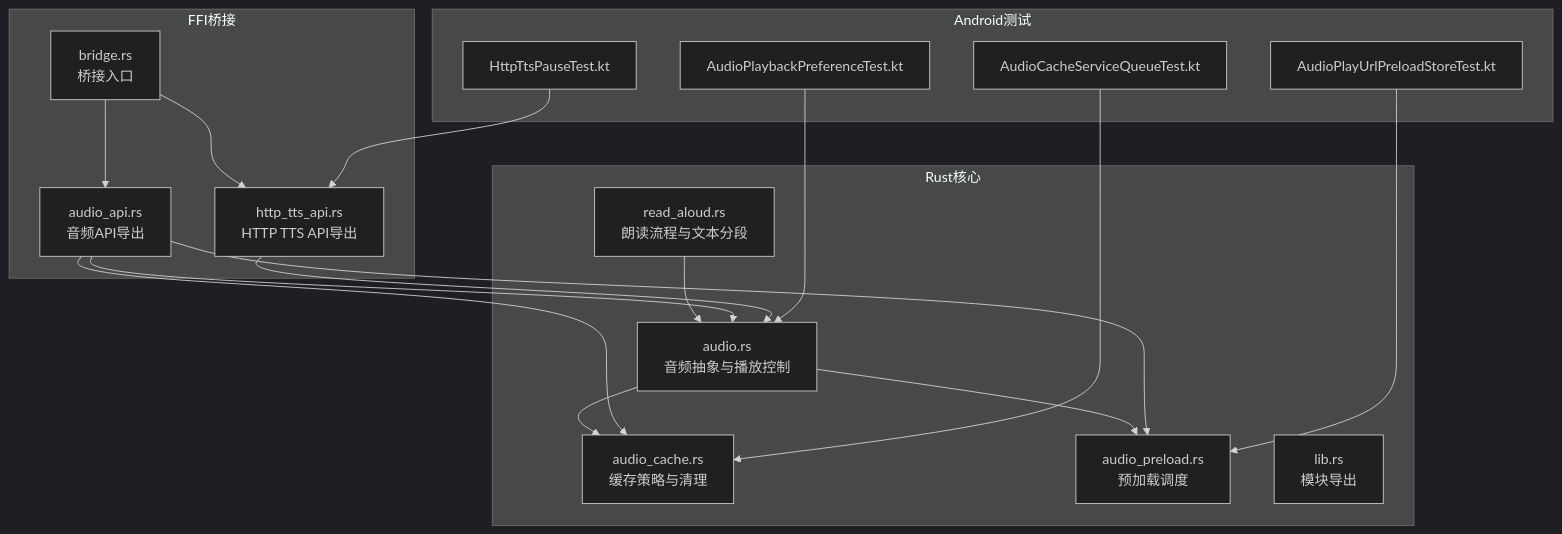
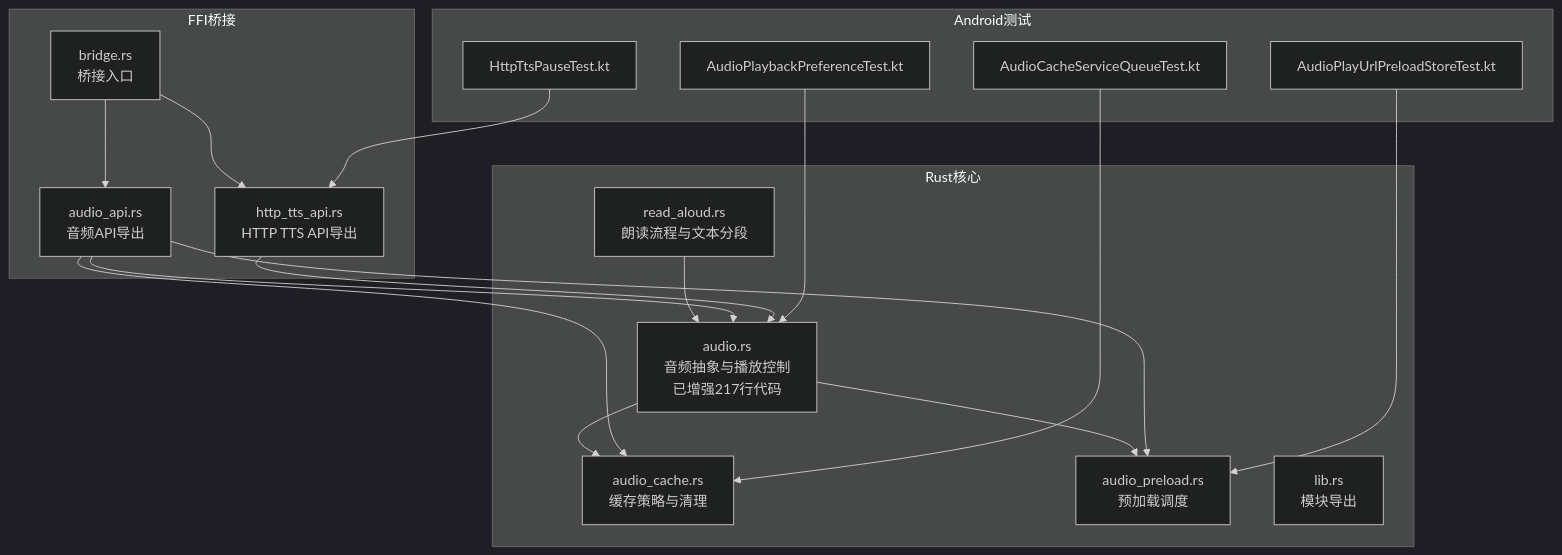
One commit to ZhangGHGitHub/LegadoTeamFlutter changed the first of 7 diagrams in .qoder/repowiki/zh/content/架构设计/分层架构设计/业务逻辑层/音频管理.md. Above: the diagram before and after it, drawn with Mermaid (dark theme). The commit also changed other lines of this file and 66 other files, not shown here.

````diff
--- a/.qoder/repowiki/zh/content/架构设计/分层架构设计/业务逻辑层/音频管理.md
+++ b/.qoder/repowiki/zh/content/架构设计/分层架构设计/业务逻辑层/音频管理.md
@@ -46,34 +55,34 @@
 ```mermaid
 graph TB
 subgraph "Rust核心"
-A["audio.rs<br/>音频抽象与播放控制"]
+A["audio.rs<br/>音频抽象与播放控制<br/>已增强217行代码"]
 B["audio_cache.rs<br/>缓存策略与清理"]
 C["audio_preload.rs<br/>预加载调度"]
 D["read_aloud.rs<br/>朗读流程与文本分段"]
 L["lib.rs<br/>模块导出"]
 end
 subgraph "FFI桥接"
 E["audio_api.rs<br/>音频API导出"]
 F["http_tts_api.rs<br/>HTTP TTS API导出"]
 G["bridge.rs<br/>桥接入口"]
 end
 subgraph "Android测试"
 T1["AudioPlayUrlPreloadStoreTest.kt"]
 T2["AudioPlaybackPreferenceTest.kt"]
 T3["HttpTtsPauseTest.kt"]
 T4["AudioCacheServiceQueueTest.kt"]
 end
 A --> B
 A --> C
 D --> A
 E --> A
 E --> B
 E --> C
 F --> A
 G --> E
 G --> F
 T1 --> C
 T2 --> A
 T3 --> F
 T4 --> B
 ```
````
